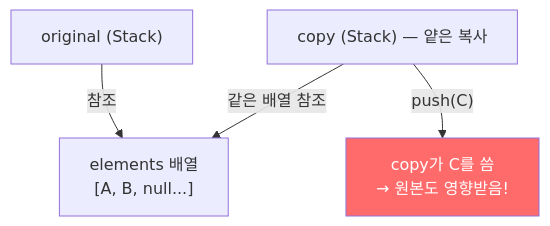
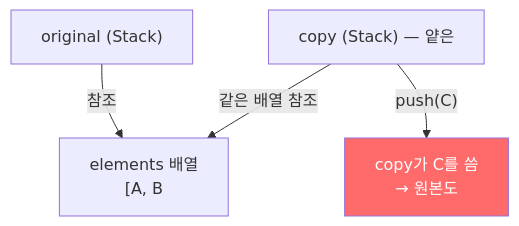
The second of 4 diagrams in _posts/java/2021-12-27-effective-java13.md (yjkim2015/yjkim2015.github.io), drawn with Mermaid before and after one commit. The commit also changed other lines of this file and 271 other files, not shown here.

First line of the commit message:
Mermaid 라벨 축소: 긴 노드 텍스트 18자 이하로 트림 + \n 제거

````diff
--- a/_posts/java/2021-12-27-effective-java13.md
+++ b/_posts/java/2021-12-27-effective-java13.md
@@ -86,7 +86,7 @@
 ```mermaid
 graph TD
-    A["original (Stack)"] -->|"참조"| C["elements 배열\n[A, B, null...]"]
-    B["copy (Stack) — 얕은 복사"] -->|"같은 배열 참조"| C
-    B -->|"push(C)"| D["copy가 C를 씀\n→ 원본도 영향받음!"]
+    A["original (Stack)"] -->|"참조"| C["elements 배열\n[A, B"]
+    B["copy (Stack) — 얕은"] -->|"같은 배열 참조"| C
+    B -->|"push(C)"| D["copy가 C를 씀\n→ 원본도"]
     style D fill:#ff6b6b,color:#fff
 ```
````
